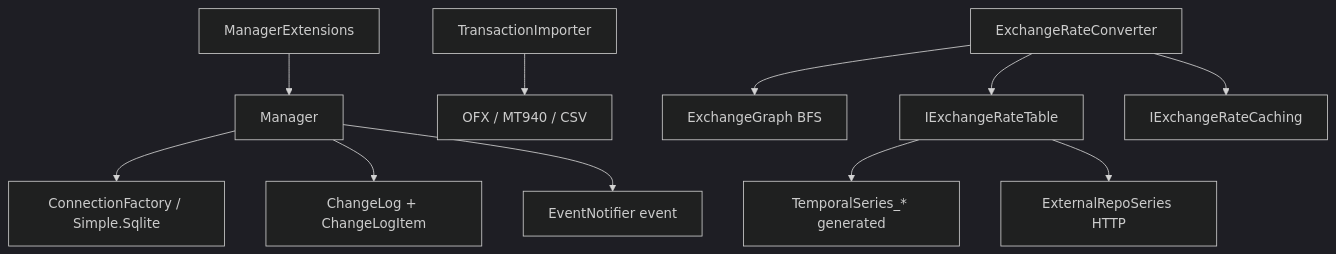
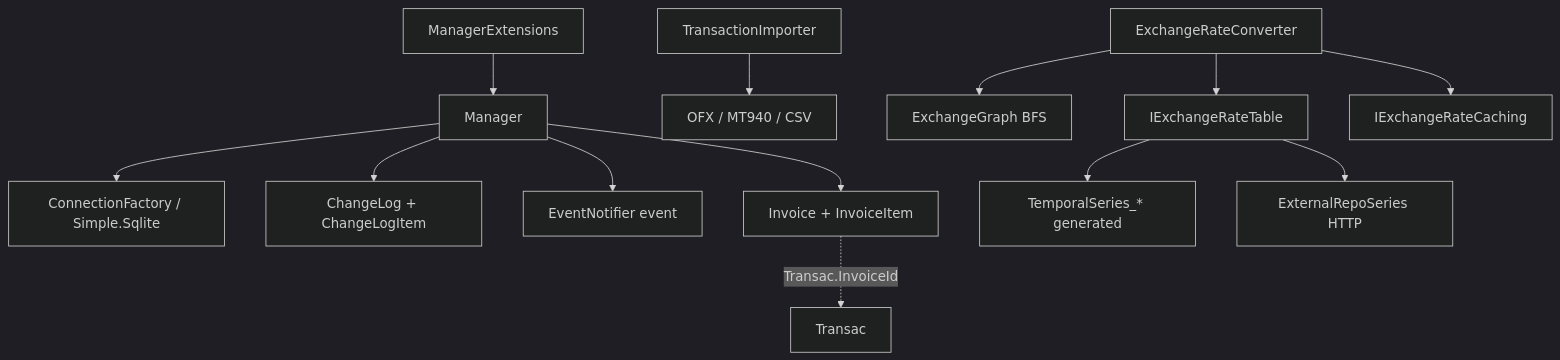
The diagram in AGENTS.md (RafaelEstevamReis/SimpleFinance), drawn with Mermaid (dark theme) before and after one commit. The commit also changed other lines of this file and 12 other files, not shown here.

````diff
--- a/AGENTS.md
+++ b/AGENTS.md
@@ -41,13 +41,15 @@
 ```mermaid
 graph TD
   A[Manager] --> B[ConnectionFactory / Simple.Sqlite]
   A --> C[ChangeLog + ChangeLogItem]
   A --> D[EventNotifier event]
+  A --> N[Invoice + InvoiceItem]
+  N -.->|Transac.InvoiceId| O[Transac]
   E[ManagerExtensions] --> A
   F[TransactionImporter] --> G[OFX / MT940 / CSV]
   H[ExchangeRateConverter] --> I[ExchangeGraph BFS]
   H --> J[IExchangeRateTable]
   J --> K[TemporalSeries_* generated]
   J --> L[ExternalRepoSeries HTTP]
   H --> M[IExchangeRateCaching]
 ```
````
